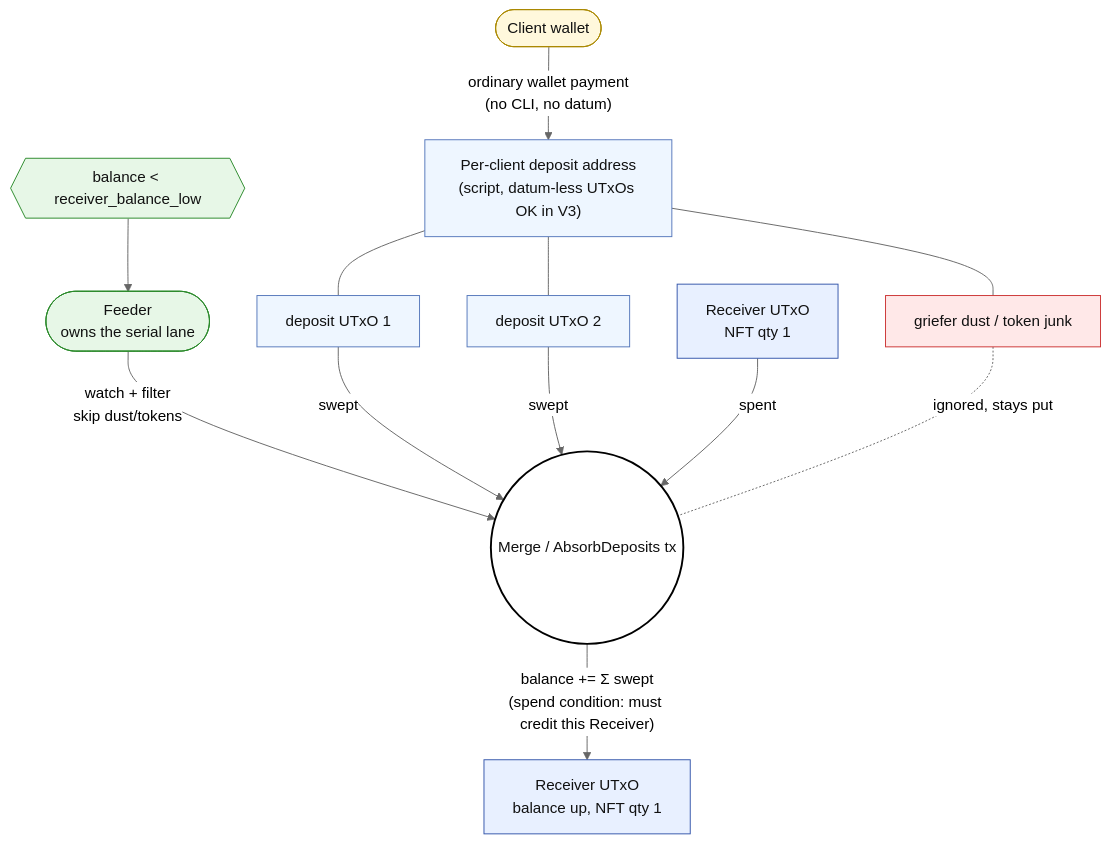
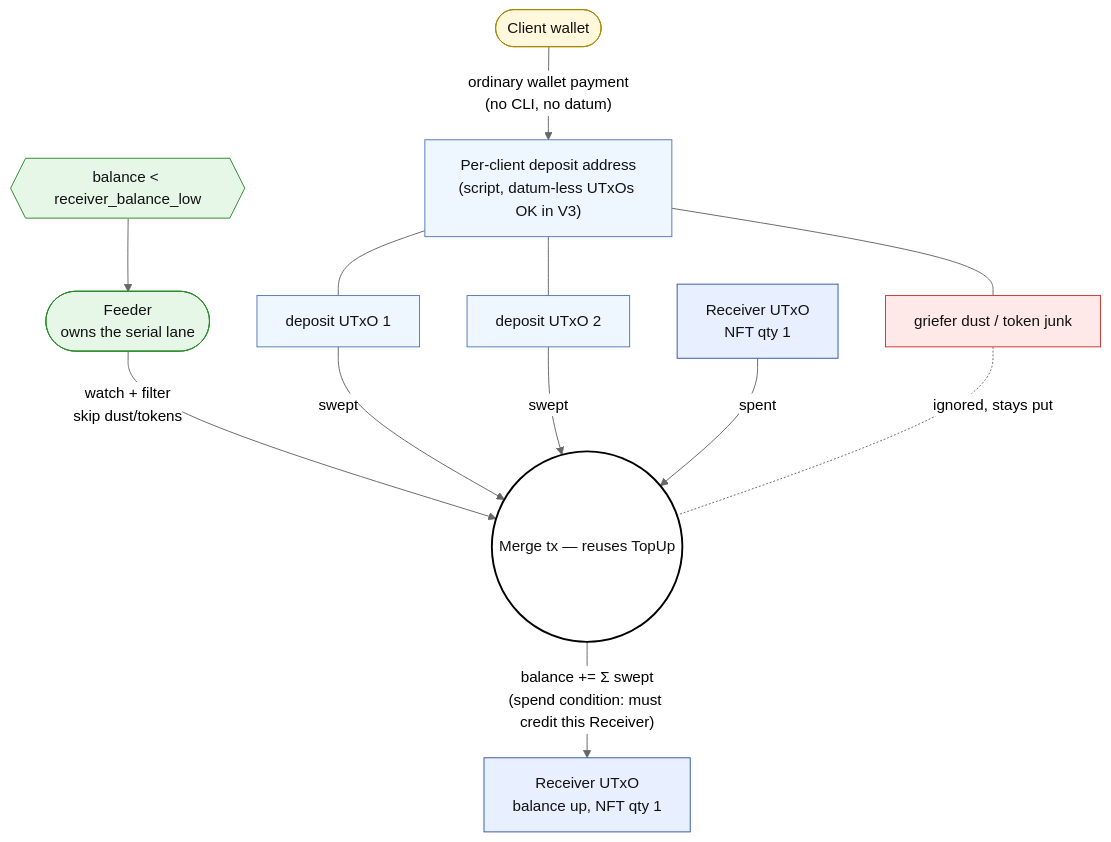
Before and after one commit to diadata-org/dia-cardano-oracle: the second of 2 diagrams in docs/audit/20260605-receiver-concurrency-and-griefing.md, drawn with Mermaid (neutral theme). The commit also changed other lines of this file and 7 other files, not shown here.

First line of the commit message:
docs: clarify feeder persistence and funding architecture

````diff
--- a/docs/audit/20260605-receiver-concurrency-and-griefing.md
+++ b/docs/audit/20260605-receiver-concurrency-and-griefing.md
@@ -221,34 +221,34 @@
   ```mermaid
   flowchart TB
     Client([Client wallet]):::warn
     Dep["Per-client deposit address<br/>(script, datum-less UTxOs OK in V3)"]:::dep
     D1[deposit UTxO 1]:::dep
     D2[deposit UTxO 2]:::dep
     Junk["griefer dust / token junk"]:::bad
 
     Client -->|"ordinary wallet payment<br/>(no CLI, no datum)"| Dep
     Dep --- D1
     Dep --- D2
     Dep --- Junk
 
     Trigger{{"balance < receiver_balance_low"}}:::ok
     Feeder([Feeder<br/>owns the serial lane]):::ok
     Trigger --> Feeder
 
     Recv[Receiver UTxO<br/>NFT qty 1]:::recv
-    Merge((Merge / AbsorbDeposits tx)):::tx
+    Merge((Merge tx — reuses TopUp)):::tx
 
     Feeder -->|watch + filter<br/>skip dust/tokens| Merge
     D1 -->|swept| Merge
     D2 -->|swept| Merge
     Recv -->|spent| Merge
     Junk -. ignored, stays put .- Merge
     Merge -->|"balance += Σ swept<br/>(spend condition: must credit this Receiver)"| Recv2[Receiver UTxO<br/>balance up, NFT qty 1]:::recv
 
     classDef recv fill:#e8f0ff,stroke:#3355aa,color:#111
     classDef dep fill:#eef6ff,stroke:#5577bb,color:#111
     classDef ok fill:#e7f7e7,stroke:#2a8a2a,color:#111
     classDef warn fill:#fff8dc,stroke:#aa8800,color:#111
     classDef bad fill:#ffe8e8,stroke:#cc3333,color:#111
     classDef tx fill:#ffffff,stroke:#000,stroke-width:2px,color:#111
   ```
````
